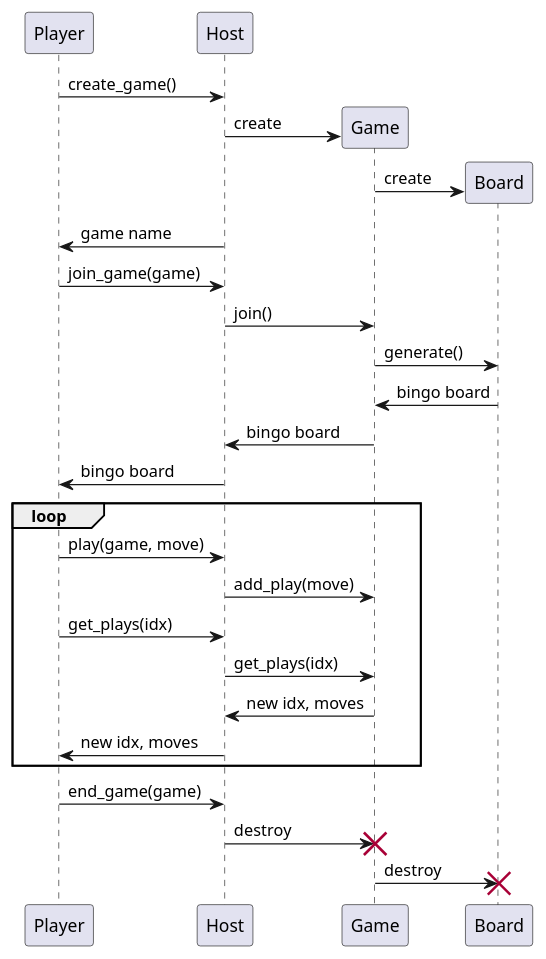
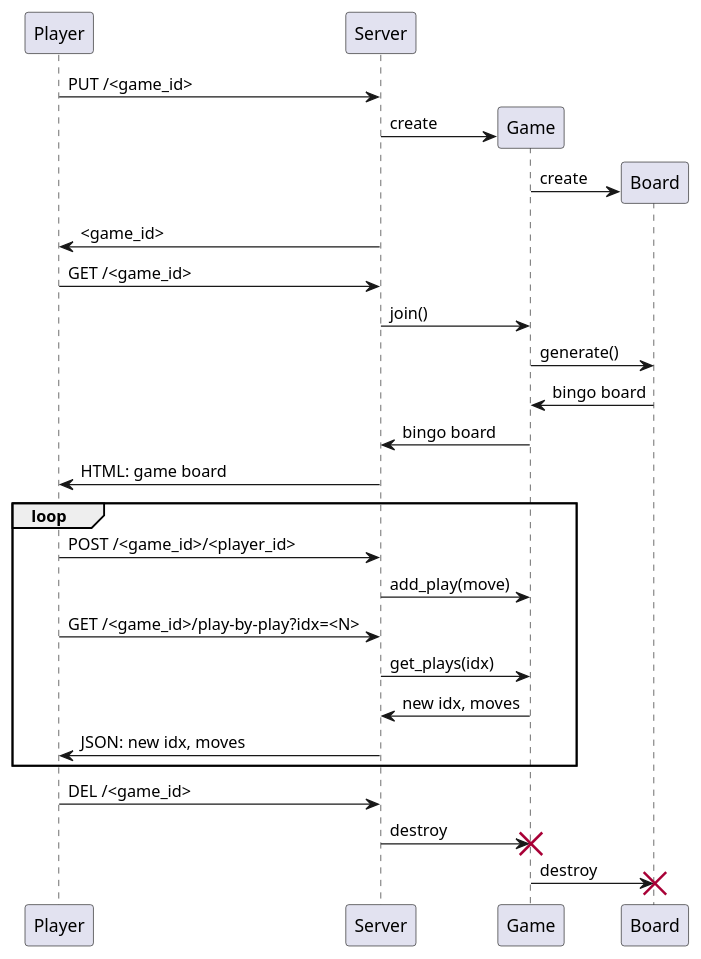
Before and after one commit to AndrewWasHere/buzzwordbing: the second of 2 diagrams in design/design.rst, drawn with PlantUML. The commit also changed other lines of this file and 4 other files, not shown here.

```diff
--- a/design/design.rst
+++ b/design/design.rst
@@ -40,28 +32,28 @@
 .. uml::
    :caption: Interaction Diagram
 
     @startuml
-    Player -> Host : create_game()
-    Host -> Game ** : create
+    Player -> Server : PUT /<game_id>
+    Server -> Game ** : create
     Game -> Board ** : create
-    Host -> Player : game name
-    Player -> Host : join_game(game)
-    Host -> Game : join()
+    Server -> Player : <game_id>
+    Player -> Server : GET /<game_id>
+    Server -> Game : join()
     Game -> Board : generate()
     Board -> Game : bingo board
-    Game -> Host : bingo board
-    Host -> Player : bingo board
+    Game -> Server : bingo board
+    Server -> Player : HTML: game board
 
     loop
-    Player -> Host : play(game, move)
-    Host -> Game :  add_play(move)
-    Player -> Host : get_plays(idx)
-    Host -> Game : get_plays(idx)
-    Game -> Host : new idx, moves
-    Host -> Player : new idx, moves
+    Player -> Server : POST /<game_id>/<player_id>
+    Server -> Game :  add_play(move)
+    Player -> Server : GET /<game_id>/play-by-play?idx=<N>
+    Server -> Game : get_plays(idx)
+    Game -> Server : new idx, moves
+    Server -> Player : JSON: new idx, moves
     end
 
-    Player -> Host : end_game(game)
-    Host -> Game !! : destroy
+    Player -> Server : DEL /<game_id>
+    Server -> Game !! : destroy
     Game -> Board !! : destroy
     @enduml
```
